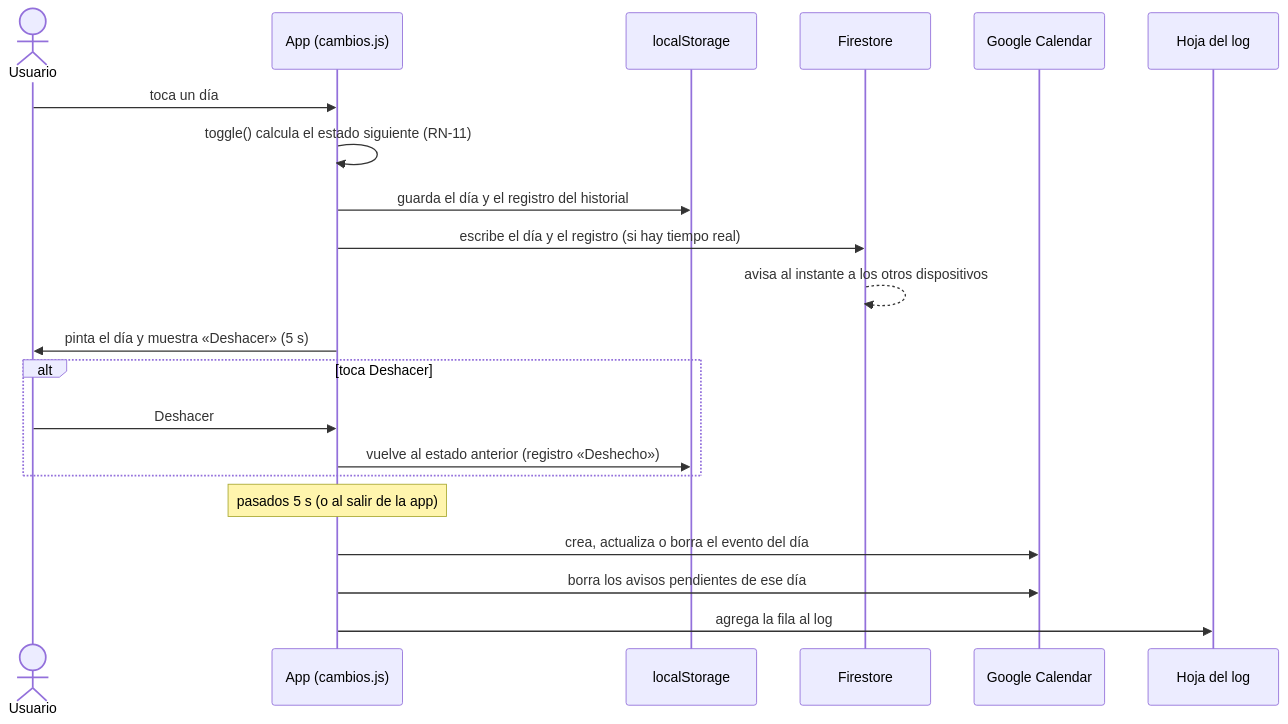
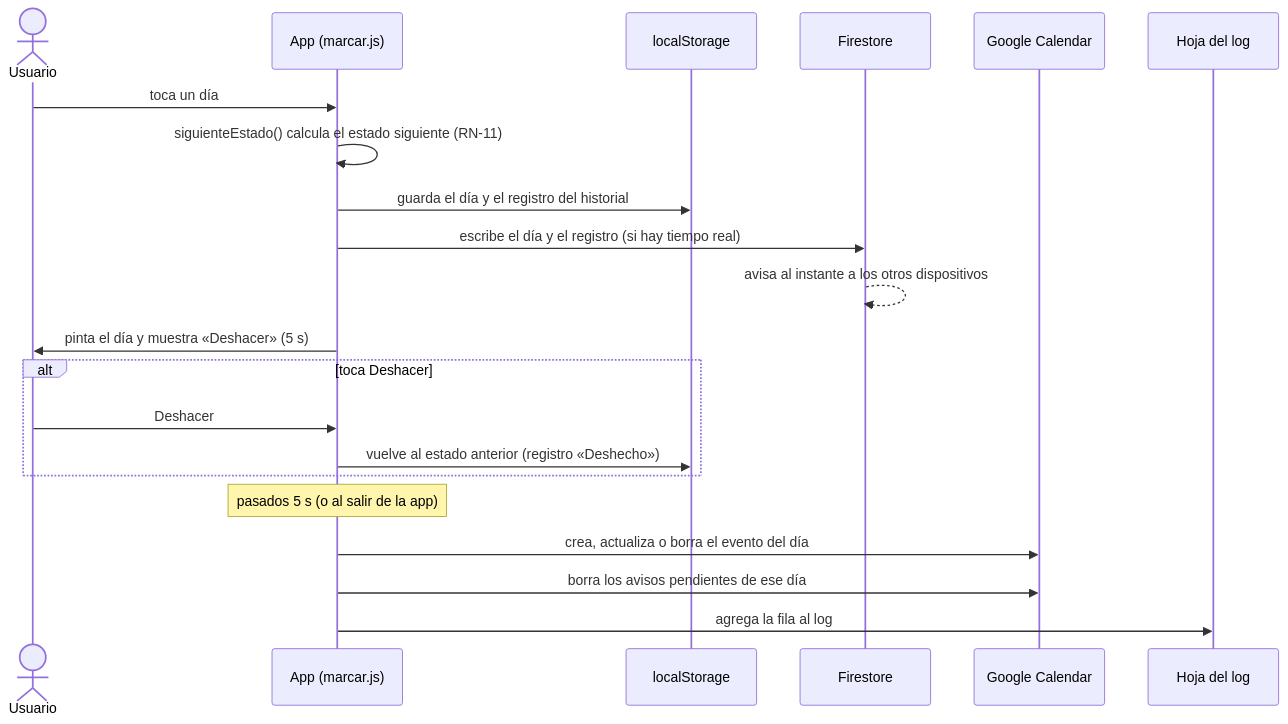
One commit to johansparra/office-tracker changed the third of 6 diagrams in README.md. Above: the diagram before and after it, drawn with Mermaid. The commit also changed other lines of this file and 84 other files, not shown here.

````diff
--- a/README.md
+++ b/README.md
@@ -183,24 +183,24 @@
 ```mermaid
 sequenceDiagram
   actor U as Usuario
-  participant A as App (cambios.js)
+  participant A as App (marcar.js)
   participant L as localStorage
   participant F as Firestore
   participant G as Google Calendar
   participant H as Hoja del log
 
   U->>A: toca un día
-  A->>A: toggle() calcula el estado siguiente (RN-11)
+  A->>A: siguienteEstado() calcula el estado siguiente (RN-11)
   A->>L: guarda el día y el registro del historial
   A->>F: escribe el día y el registro (si hay tiempo real)
   F-->>F: avisa al instante a los otros dispositivos
   A->>U: pinta el día y muestra «Deshacer» (5 s)
   alt toca Deshacer
     U->>A: Deshacer
     A->>L: vuelve al estado anterior (registro «Deshecho»)
   end
   Note over A: pasados 5 s (o al salir de la app)
   A->>G: crea, actualiza o borra el evento del día
   A->>G: borra los avisos pendientes de ese día
   A->>H: agrega la fila al log
 ```
````
